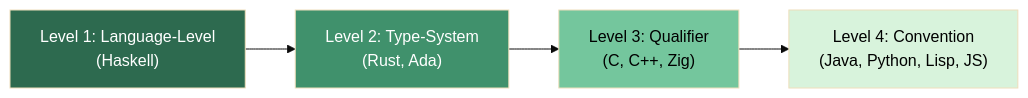
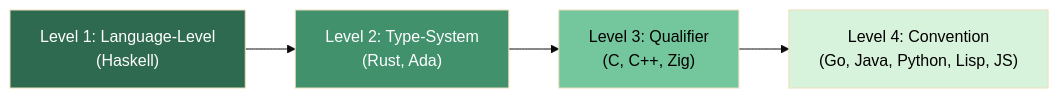
Before and after one commit to gvnwltrs/regulated-cell-architecture: the sixth of 8 diagrams in docs/RCA_CROSS_LANGUAGE_VARIANTS.md, drawn with Mermaid (base theme). The commit also changed other lines of this file and 1 other file, not shown here.

````diff
--- a/docs/RCA_CROSS_LANGUAGE_VARIANTS.md
+++ b/docs/RCA_CROSS_LANGUAGE_VARIANTS.md
@@ -578,11 +612,11 @@
 ```mermaid
 graph LR
     L1["Level 1: Language-Level<br/>(Haskell)"] --> L2["Level 2: Type-System<br/>(Rust, Ada)"]
     L2 --> L3["Level 3: Qualifier<br/>(C, C++, Zig)"]
-    L3 --> L4["Level 4: Convention<br/>(Java, Python, Lisp, JS)"]
+    L3 --> L4["Level 4: Convention<br/>(Go, Java, Python, Lisp, JS)"]
 
     style L1 fill:#2d6a4f,color:#fff
     style L2 fill:#40916c,color:#fff
     style L3 fill:#74c69d,color:#000
     style L4 fill:#d8f3dc,color:#000
 ```
````
